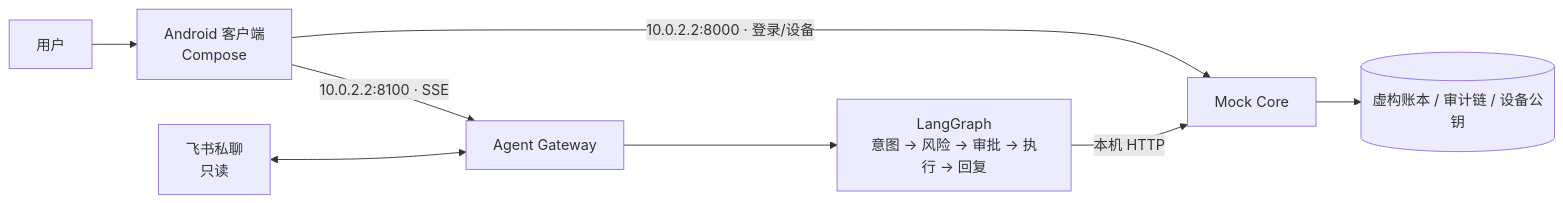
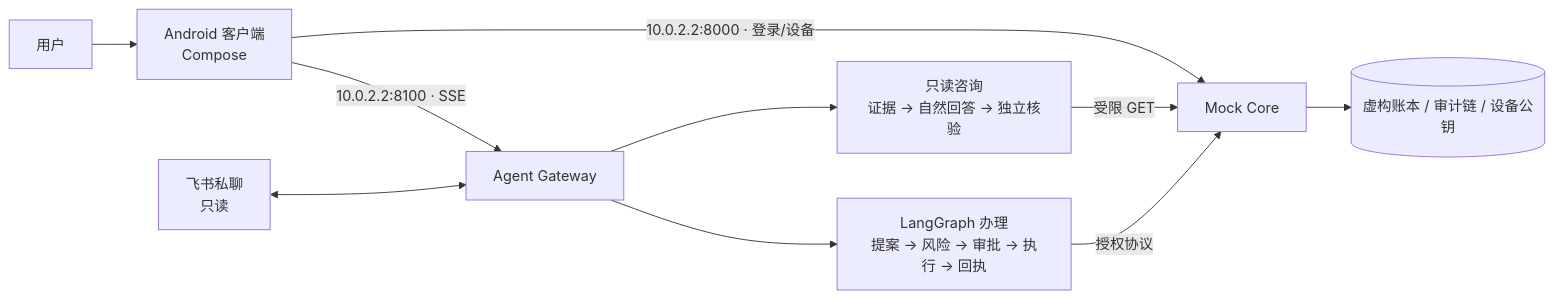
The diagram in README.md (Zagadka-3906/ai-banking-agent), drawn with Mermaid before and after one commit. The commit also changed other lines of this file and 22 other files, not shown here.

````diff
--- a/README.md
+++ b/README.md
@@ -39,10 +39,12 @@
 ```mermaid
 flowchart LR
     U[用户] --> A[Android 客户端<br/>Compose]
     A -->|10.0.2.2:8100 · SSE| G[Agent Gateway]
     A -->|10.0.2.2:8000 · 登录/设备| C[Mock Core]
     F[飞书私聊<br/>只读] <--> G
-    G --> P[LangGraph<br/>意图 → 风险 → 审批 → 执行 → 回复]
-    P -->|本机 HTTP| C
+    G --> Q[只读咨询<br/>证据 → 自然回答 → 独立核验]
+    G --> P[LangGraph 办理<br/>提案 → 风险 → 审批 → 执行 → 回执]
+    Q -->|受限 GET| C
+    P -->|授权协议| C
     C --> L[(虚构账本 / 审计链 / 设备公钥)]
 ```
````
